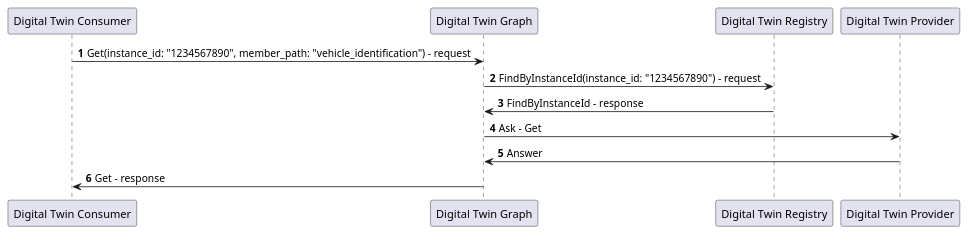
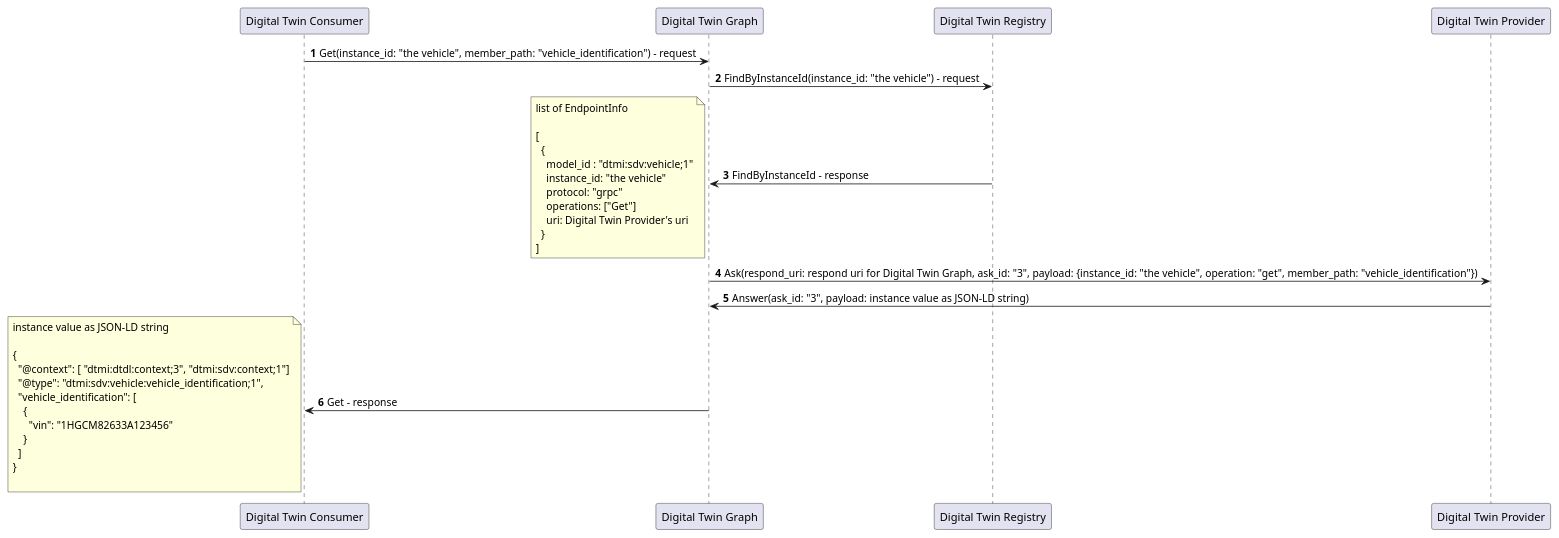
Before and after one commit to eclipse-ibeji/ibeji: the diagram in docs/design/modules/digital_twin_graph/diagrams/get_sequence.puml, drawn with PlantUML. The commit also changed 9 other files, not shown here.

Commit message:
Digital Twin Graph

```diff
--- a/docs/design/modules/digital_twin_graph/diagrams/get_sequence.puml
+++ b/docs/design/modules/digital_twin_graph/diagrams/get_sequence.puml
@@ -1,21 +1,47 @@
 @startuml
 
 autonumber
 
 participant "Digital Twin Consumer" as CONSUMER
 participant "Digital Twin Graph" as DIGITAL_TWIN_GRAPH
 participant "Digital Twin Registry" as DIGITAL_TWIN_REGISTRY
 participant "Digital Twin Provider" as PROVIDER
 
-CONSUMER -> DIGITAL_TWIN_GRAPH: Get(instance_id: "1234567890", member_path: "vehicle_identification") - request
+CONSUMER -> DIGITAL_TWIN_GRAPH: Get(instance_id: "the vehicle", member_path: "vehicle_identification") - request
 
-DIGITAL_TWIN_GRAPH -> DIGITAL_TWIN_REGISTRY: FindByInstanceId(instance_id: "1234567890") - request
+DIGITAL_TWIN_GRAPH -> DIGITAL_TWIN_REGISTRY: FindByInstanceId(instance_id: "the vehicle") - request
 DIGITAL_TWIN_GRAPH <- DIGITAL_TWIN_REGISTRY: FindByInstanceId - response
+note left
+  list of EndpointInfo
 
-DIGITAL_TWIN_GRAPH -> PROVIDER: Ask - Get
+  [
+    {
+      model_id : "dtmi:sdv:vehicle;1"
+      instance_id: "the vehicle"
+      protocol: "grpc"
+      operations: ["Get"]
+      uri: Digital Twin Provider's uri
+    }
+  ]
+end note
 
-DIGITAL_TWIN_GRAPH <- PROVIDER: Answer
+DIGITAL_TWIN_GRAPH -> PROVIDER: Ask(respond_uri: respond uri for Digital Twin Graph, ask_id: "3", payload: {instance_id: "the vehicle", operation: "get", member_path: "vehicle_identification"})
+DIGITAL_TWIN_GRAPH <- PROVIDER: Answer(ask_id: "3", payload: instance value as JSON-LD string)
 
 CONSUMER <- DIGITAL_TWIN_GRAPH: Get - response
+note left
+  instance value as JSON-LD string
+
+  {
+    "@context": [ "dtmi:dtdl:context;3", "dtmi:sdv:context;1"]
+    "@type": "dtmi:sdv:vehicle:vehicle_identification;1",
+    "vehicle_identification": [
+      {
+        "vin": "1HGCM82633A123456"
+      }
+    ]
+  }
+
+end note
 
 @enduml
```
